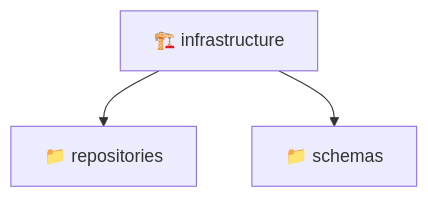
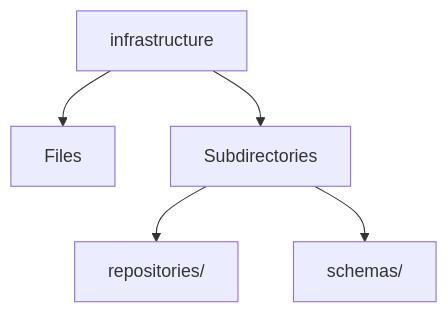
Before and after one commit to beginwebdev2002/fullstack-mavluda: the diagram in backend/src/modules/admin-settings/infrastructure/README.md, drawn with Mermaid. The commit also changed other lines of this file and 167 other files, not shown here.

````diff
--- a/backend/src/modules/admin-settings/infrastructure/README.md
+++ b/backend/src/modules/admin-settings/infrastructure/README.md
@@ -9,6 +12,7 @@
 ```mermaid
 graph TD
-  infrastructure["🏗️ infrastructure"]
-  infrastructure --> repositories["📁 repositories"]
-  infrastructure --> schemas["📁 schemas"]
+  infrastructure --> Files
+  infrastructure --> Subdirectories
+  Subdirectories --> repositories[repositories/]
+  Subdirectories --> schemas[schemas/]
 ```
````
